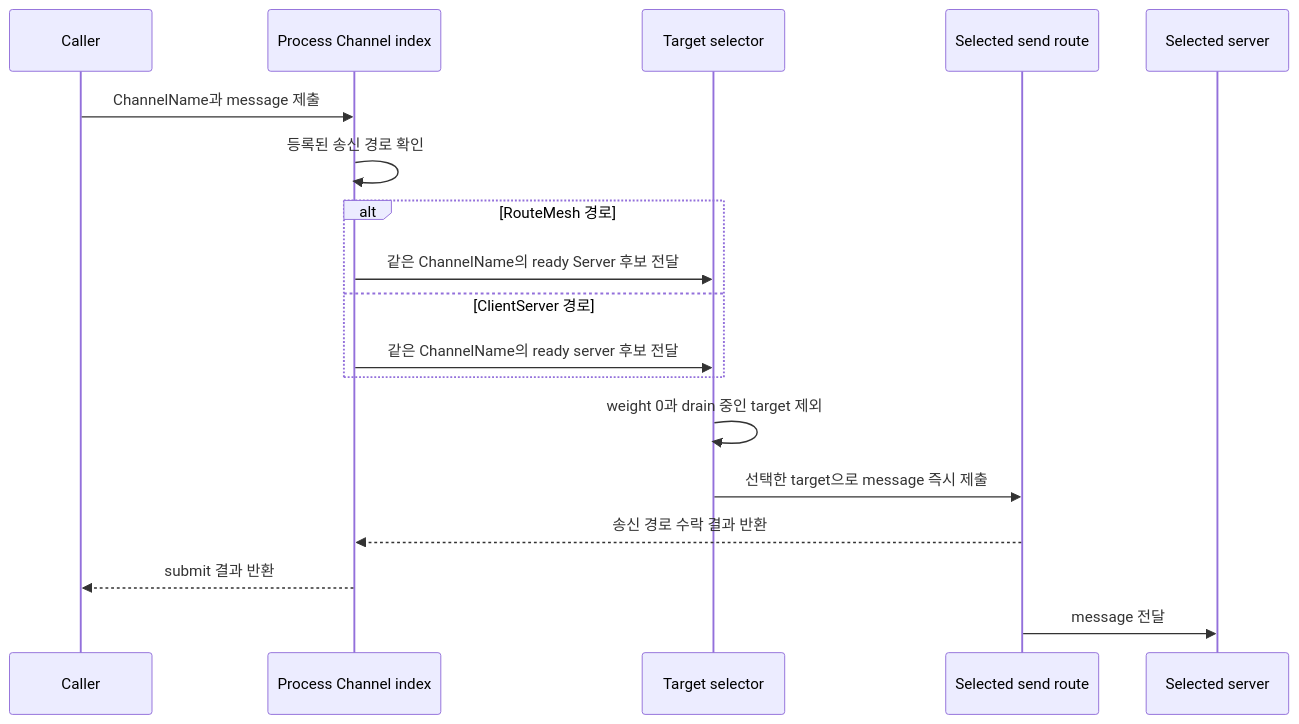
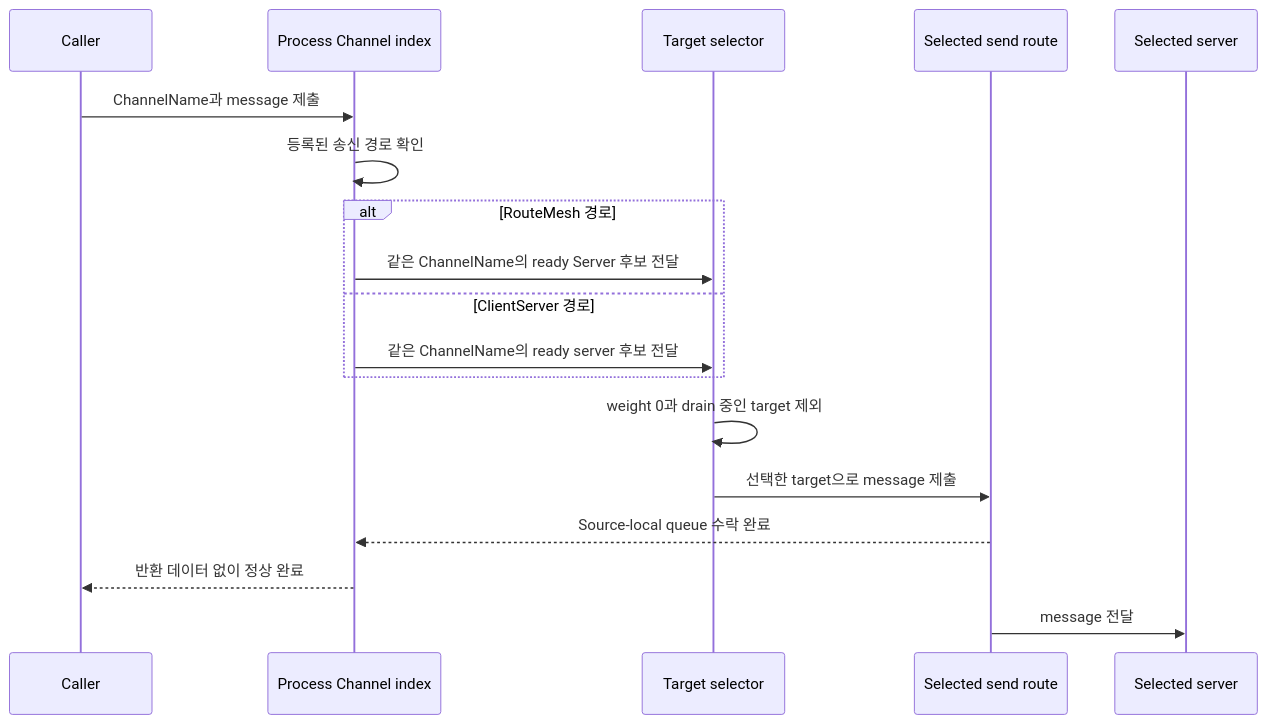
The diagram in framework/doc/framework/common/spec/11-channel-messaging.ko.md (kairos-code-dev/zlink), drawn with Mermaid before and after one commit. The commit also changed other lines of this file and 920 other files, not shown here.

````diff
--- a/framework/doc/framework/common/spec/11-channel-messaging.ko.md
+++ b/framework/doc/framework/common/spec/11-channel-messaging.ko.md
@@ -122,21 +122,21 @@
 ```mermaid
 sequenceDiagram
     participant Caller
     participant Index as Process Channel index
     participant Selector as Target selector
     participant Transport as Selected send route
     participant Target as Selected server
 
     Caller->>Index: ChannelName과 message 제출
     Index->>Index: 등록된 송신 경로 확인
     alt RouteMesh 경로
         Index->>Selector: 같은 ChannelName의 ready Server 후보 전달
     else ClientServer 경로
         Index->>Selector: 같은 ChannelName의 ready server 후보 전달
     end
     Selector->>Selector: weight 0과 drain 중인 target 제외
-    Selector->>Transport: 선택한 target으로 message 즉시 제출
-    Transport-->>Index: 송신 경로 수락 결과 반환
-    Index-->>Caller: submit 결과 반환
+    Selector->>Transport: 선택한 target으로 message 제출
+    Transport-->>Index: Source-local queue 수락 완료
+    Index-->>Caller: 반환 데이터 없이 정상 완료
     Transport->>Target: message 전달
 ```
````
